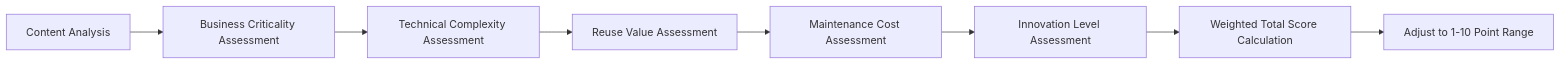
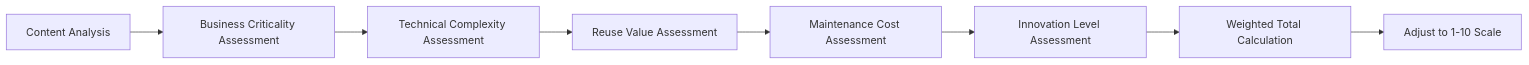
One commit to gszhangwei/structured-prompts-driven-development changed the fourth of 7 diagrams in memory/en/memory-mechanisms(WIP).md. Above: the diagram before and after it, drawn with Mermaid. The commit also changed other lines of this file, not shown here.

````diff
--- a/memory/en/memory-mechanisms(WIP).md
+++ b/memory/en/memory-mechanisms(WIP).md
@@ -267,10 +327,10 @@
 ```mermaid
 graph LR
-    A[Content Analysis] --> B[Business Criticality Assessment]
-    B --> C[Technical Complexity Assessment] 
-    C --> D[Reuse Value Assessment]
-    D --> E[Maintenance Cost Assessment]
-    E --> F[Innovation Level Assessment]
-    F --> G[Weighted Total Score Calculation]
-    G --> H[Adjust to 1-10 Point Range]
+A[Content Analysis] --> B[Business Criticality Assessment]
+B --> C[Technical Complexity Assessment]
+C --> D[Reuse Value Assessment]
+D --> E[Maintenance Cost Assessment]
+E --> F[Innovation Level Assessment]
+F --> G[Weighted Total Calculation]
+G --> H[Adjust to 1-10 Scale]
 ```
````
